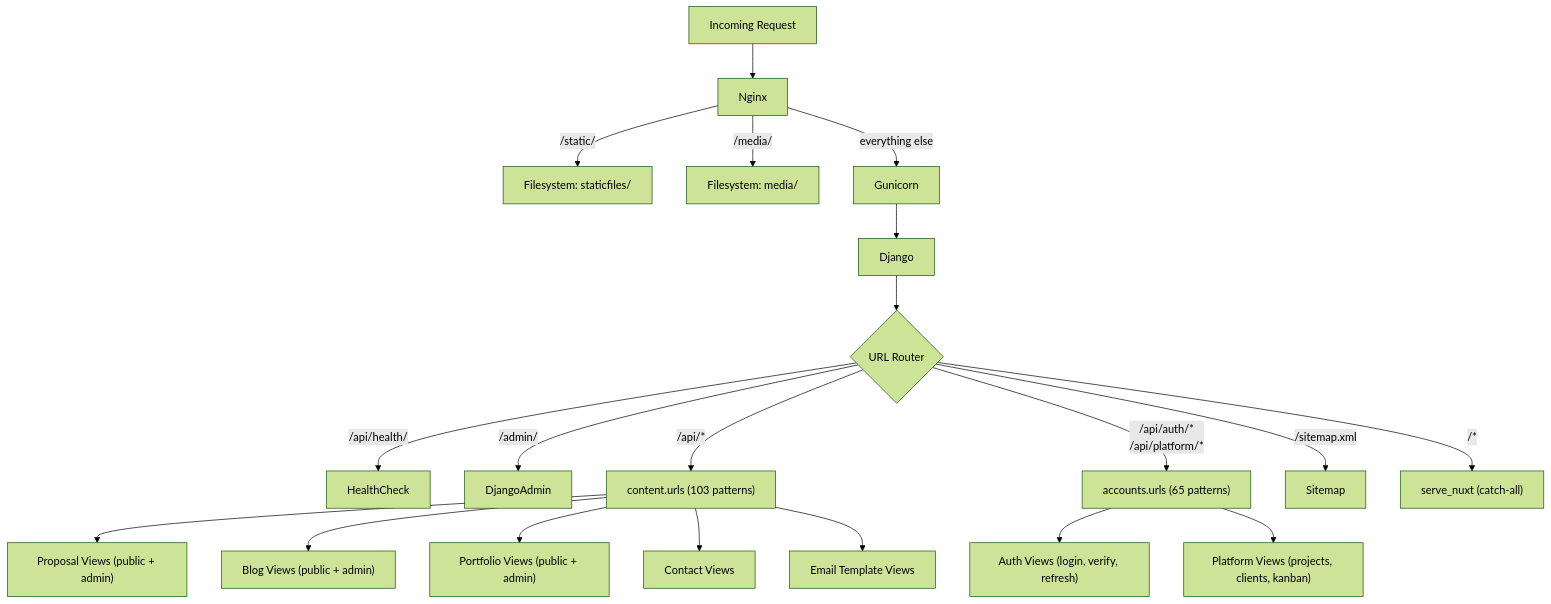
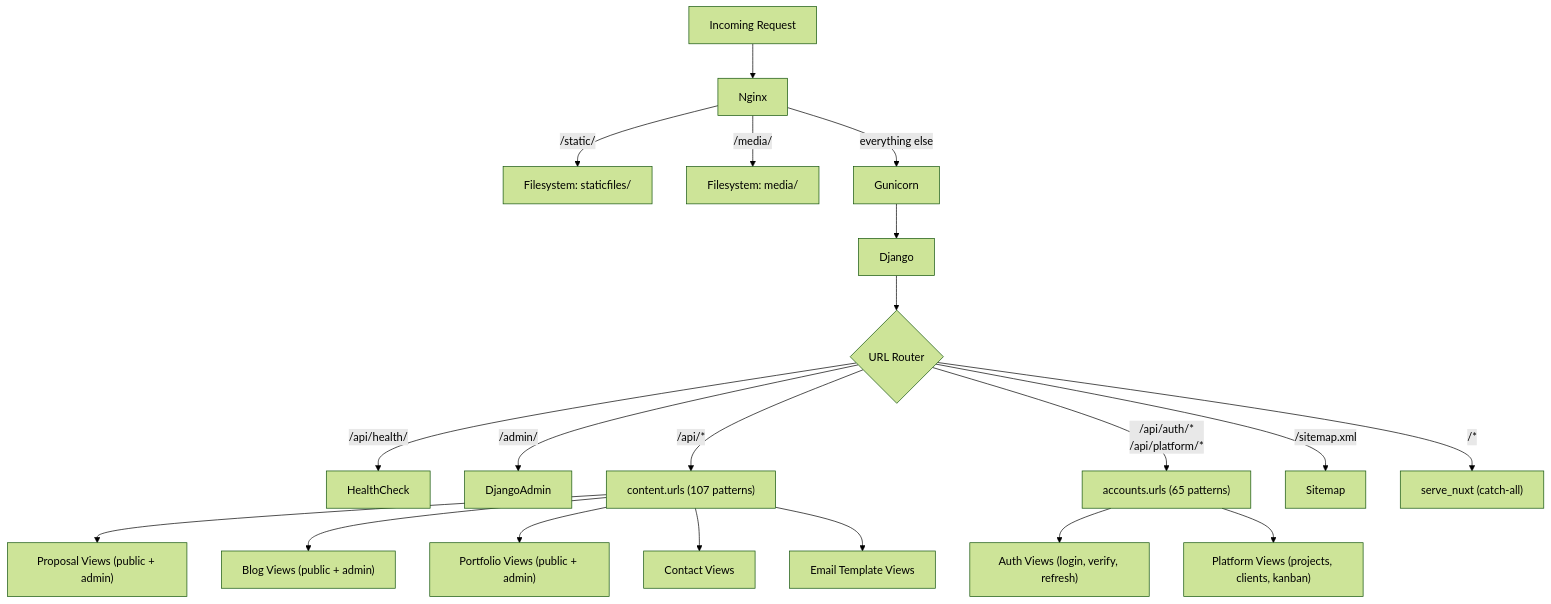
Before and after one commit to gustavop-dev/projectapp: the third of 11 diagrams in docs/methodology/architecture.md, drawn with Mermaid (forest theme). The commit also changed other lines of this file and 20 other files, not shown here.

First line of the commit message:
DOCS: update architecture, deployment guide, Codex setup, and Claude config

````diff
--- a/docs/methodology/architecture.md
+++ b/docs/methodology/architecture.md
@@ -82,28 +82,28 @@
 ```mermaid
 flowchart TD
     Request[Incoming Request] --> Nginx
 
     Nginx -->|/static/| FS1[Filesystem: staticfiles/]
     Nginx -->|/media/| FS2[Filesystem: media/]
     Nginx -->|everything else| Gunicorn
 
     Gunicorn --> Django
     Django --> URLRouter{URL Router}
 
     URLRouter -->|/api/health/| HealthCheck
     URLRouter -->|/admin/| DjangoAdmin
 
-    URLRouter -->|/api/*| ContentURLs["content.urls (103 patterns)"]
+    URLRouter -->|/api/*| ContentURLs["content.urls (107 patterns)"]
     URLRouter -->|/api/auth/*<br>/api/platform/*| AccountsURLs["accounts.urls (65 patterns)"]
     URLRouter -->|/sitemap.xml| Sitemap
     URLRouter -->|/*| ServeNuxt["serve_nuxt (catch-all)"]
 
     AccountsURLs --> AuthViews["Auth Views (login, verify, refresh)"]
     AccountsURLs --> PlatformViews["Platform Views (projects, clients, kanban)"]
 
     ContentURLs --> ProposalViews["Proposal Views (public + admin)"]
     ContentURLs --> BlogViews["Blog Views (public + admin)"]
     ContentURLs --> PortfolioViews["Portfolio Views (public + admin)"]
     ContentURLs --> ContactViews["Contact Views"]
     ContentURLs --> EmailTemplateViews["Email Template Views"]
 ```
````
